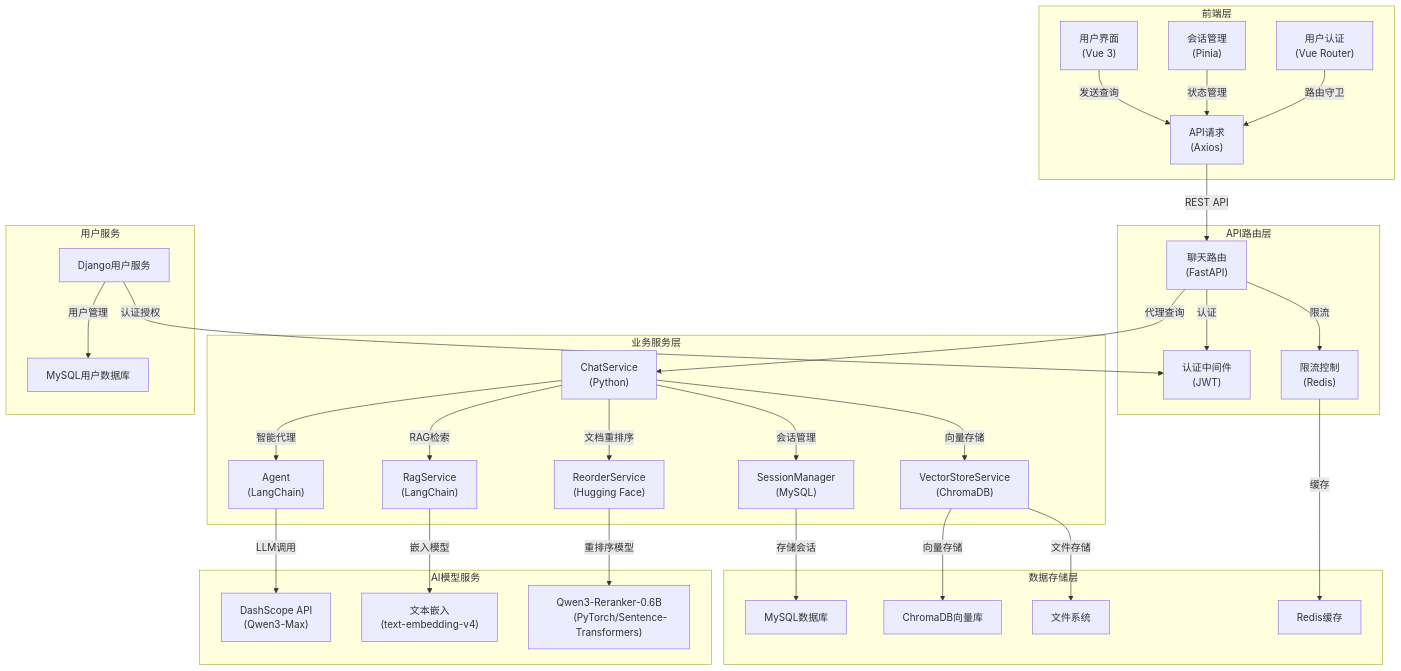
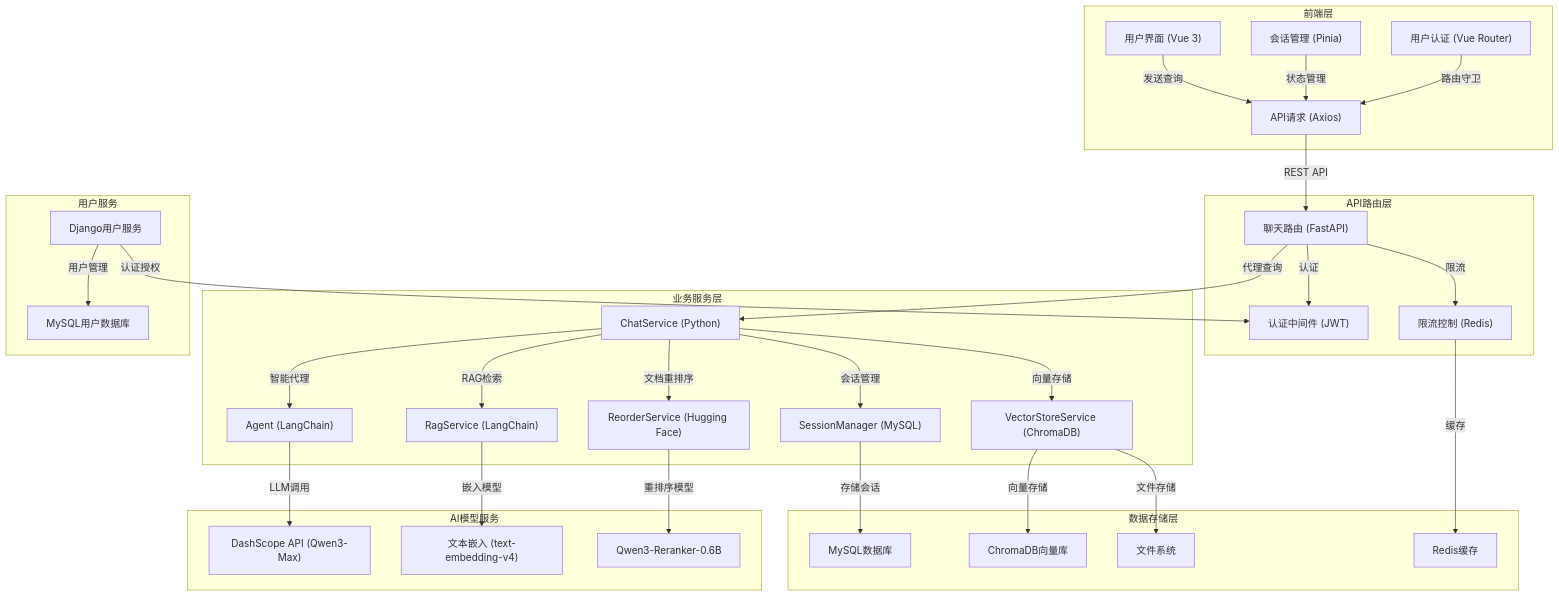
One commit to Shu-doc/RAGService changed the diagram in README.md. Above: the diagram before and after it, drawn with Mermaid. The commit also changed other lines of this file and 2 other files, not shown here.

````diff
--- a/README.md
+++ b/README.md
@@ -44,57 +45,41 @@
 ```mermaid
 flowchart TD
     subgraph "前端层"
-        A["用户界面
-        (Vue 3)"] -->|发送查询| B["API请求
-        (Axios)"]
-        C["会话管理
-        (Pinia)"] -->|状态管理| B
-        D["用户认证
-        (Vue Router)"] -->|路由守卫| B
+        A["用户界面 (Vue 3)"] -->|发送查询| B["API请求 (Axios)"]
+        C["会话管理 (Pinia)"] -->|状态管理| B
+        D["用户认证 (Vue Router)"] -->|路由守卫| B
     end
 
     subgraph "API路由层"
-        B -->|REST API| E["聊天路由
-        (FastAPI)"]
-        E -->|认证| F["认证中间件
-        (JWT)"]
-        E -->|限流| G["限流控制
-        (Redis)"]
+        B -->|REST API| E["聊天路由 (FastAPI)"]
+        E -->|认证| F["认证中间件 (JWT)"]
+        E -->|限流| G["限流控制 (Redis)"]
     end
 
     subgraph "业务服务层"
-        E -->|代理查询| H["ChatService
-        (Python)"]
-        H -->|会话管理| I["SessionManager
-        (MySQL)"]
-        H -->|RAG检索| J["RagService
-        (LangChain)"]
-        H -->|向量存储| K["VectorStoreService
-        (ChromaDB)"]
-        H -->|智能代理| L["Agent
-        (LangChain)"]
-        H -->|文档重排序| M["ReorderService
-        (Hugging Face)"]
+        E -->|代理查询| H["ChatService (Python)"]
+        H -->|会话管理| I["SessionManager (MySQL)"]
+        H -->|RAG检索| J["RagService (LangChain)"]
+        H -->|向量存储| K["VectorStoreService (ChromaDB)"]
+        H -->|智能代理| L["Agent (LangChain)"]
+        H -->|文档重排序| M["ReorderService (Hugging Face)"]
     end
 
     subgraph "数据存储层"
         I -->|存储会话| N["MySQL数据库"]
         K -->|向量存储| O["ChromaDB向量库"]
         K -->|文件存储| P["文件系统"]
         G -->|缓存| Q["Redis缓存"]
     end
 
     subgraph "AI模型服务"
-        L -->|LLM调用| R["DashScope API
-        (Qwen3-Max)"]
-        J -->|嵌入模型| S["文本嵌入
-        (text-embedding-v4)"]
-        M -->|重排序模型| T["Qwen3-Reranker-0.6B
-        (PyTorch/Sentence-Transformers)"]
+        L -->|LLM调用| R["DashScope API (Qwen3-Max)"]
+        J -->|嵌入模型| S["文本嵌入 (text-embedding-v4)"]
+        M -->|重排序模型| T["Qwen3-Reranker-0.6B"]
     end
 
     subgraph "用户服务"
         U["Django用户服务"] -->|认证授权| F
         U -->|用户管理| V["MySQL用户数据库"]
     end
 ```
````
